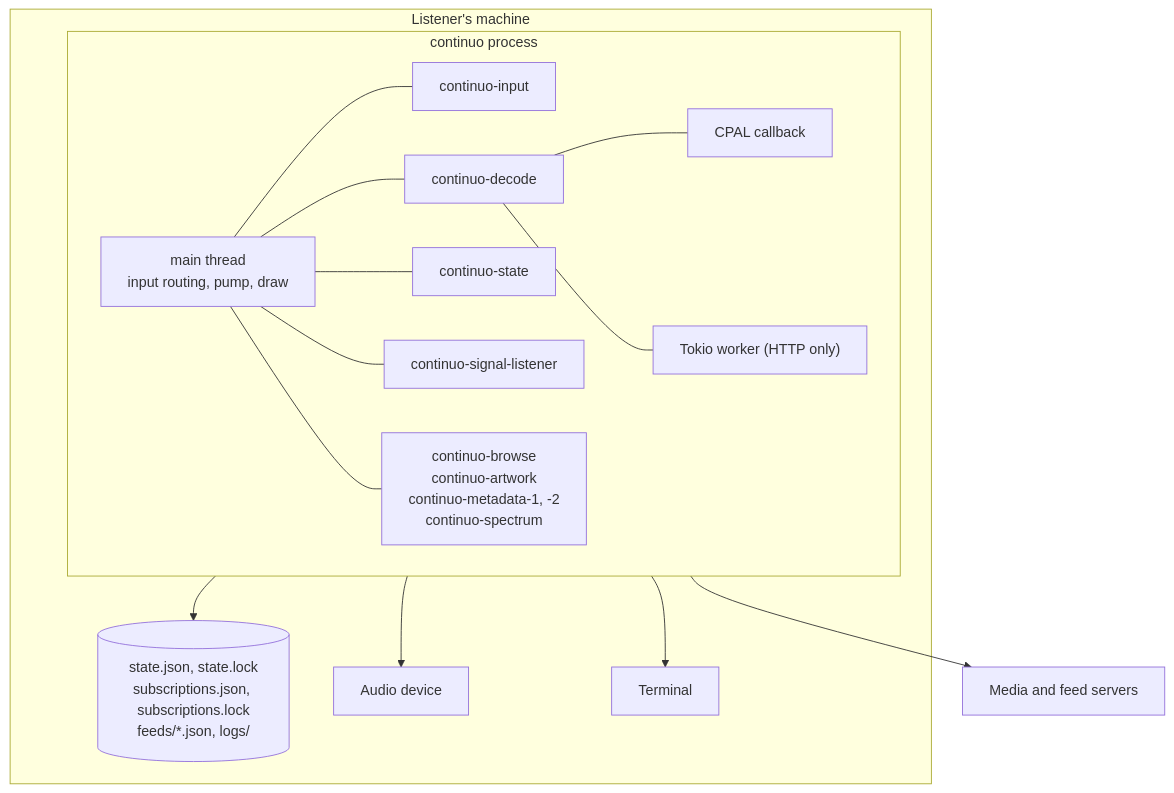
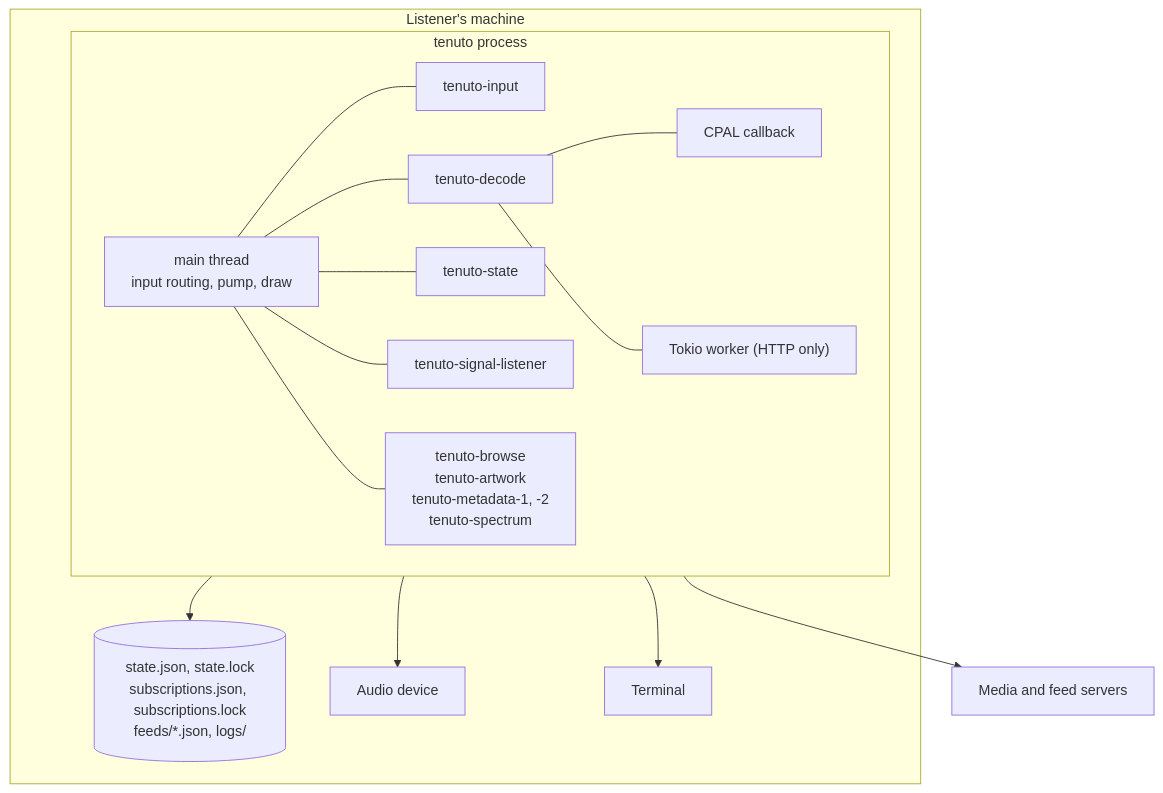
Before and after one commit to alvytsk/continuo: the fifth of 5 diagrams in docs/architecture.md, drawn with Mermaid. The commit also changed other lines of this file and 146 other files, not shown here.

````diff
--- a/docs/architecture.md
+++ b/docs/architecture.md
@@ -413,32 +413,32 @@
 ```mermaid
 flowchart TB
     subgraph machine["Listener's machine"]
-        subgraph proc["continuo process"]
+        subgraph proc["tenuto process"]
             direction LR
             mainT["main thread<br/>input routing, pump, draw"]
-            inputT["continuo-input"]
-            decodeT["continuo-decode"]
+            inputT["tenuto-input"]
+            decodeT["tenuto-decode"]
             cb["CPAL callback"]
             tokioT["Tokio worker (HTTP only)"]
-            stateT["continuo-state"]
-            sigT["continuo-signal-listener"]
-            bg["continuo-browse<br/>continuo-artwork<br/>continuo-metadata-1, -2<br/>continuo-spectrum"]
+            stateT["tenuto-state"]
+            sigT["tenuto-signal-listener"]
+            bg["tenuto-browse<br/>tenuto-artwork<br/>tenuto-metadata-1, -2<br/>tenuto-spectrum"]
         end
         files[("state.json, state.lock<br/>subscriptions.json, subscriptions.lock<br/>feeds/*.json, logs/")]
         dev["Audio device"]
         tty["Terminal"]
     end
     net["Media and feed servers"]
 
     mainT --- inputT
     mainT --- decodeT
     decodeT --- cb
     decodeT --- tokioT
     mainT --- stateT
     mainT --- sigT
     mainT --- bg
     cb --> dev
     mainT --> tty
     stateT --> files
     tokioT --> net
 ```
````
